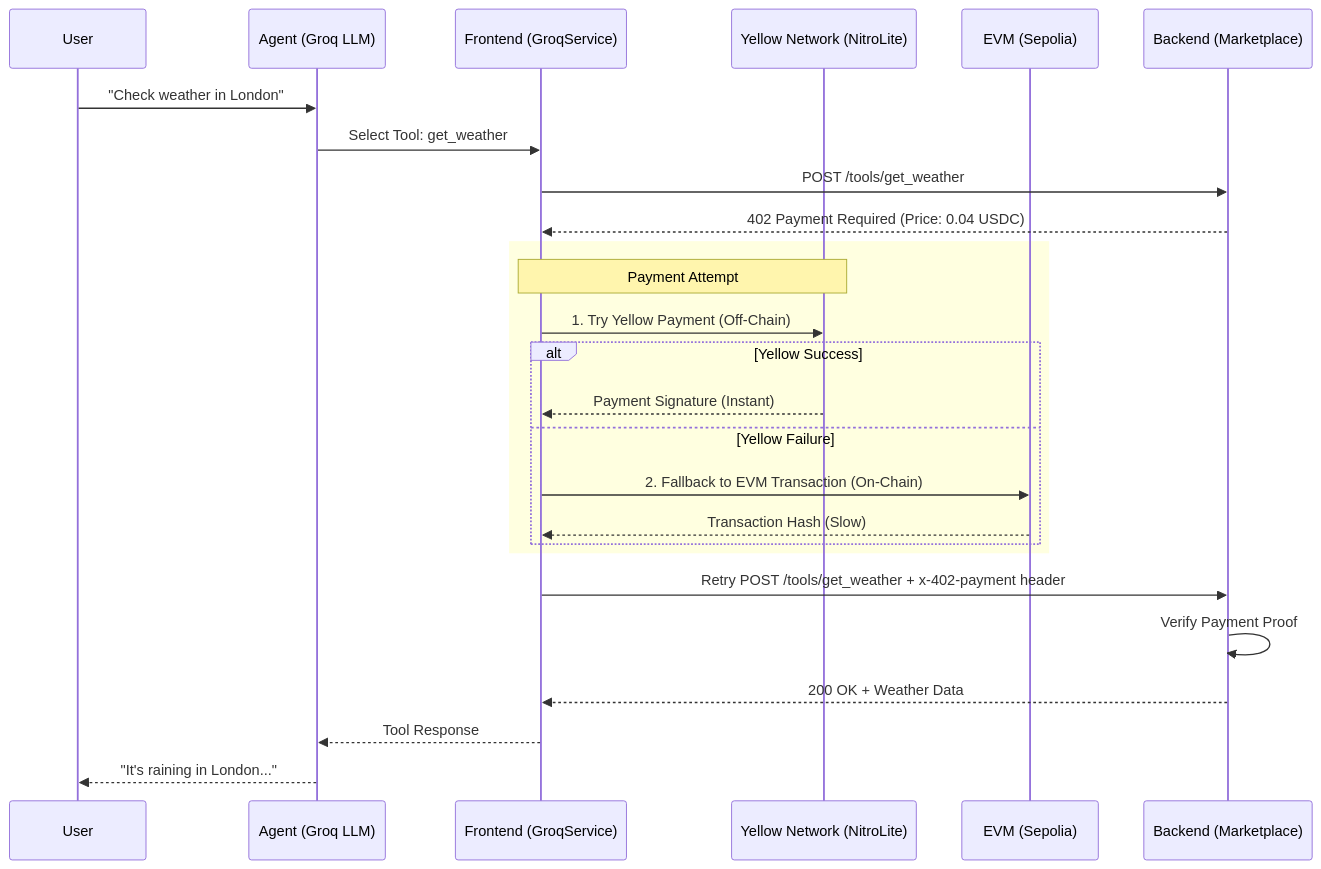
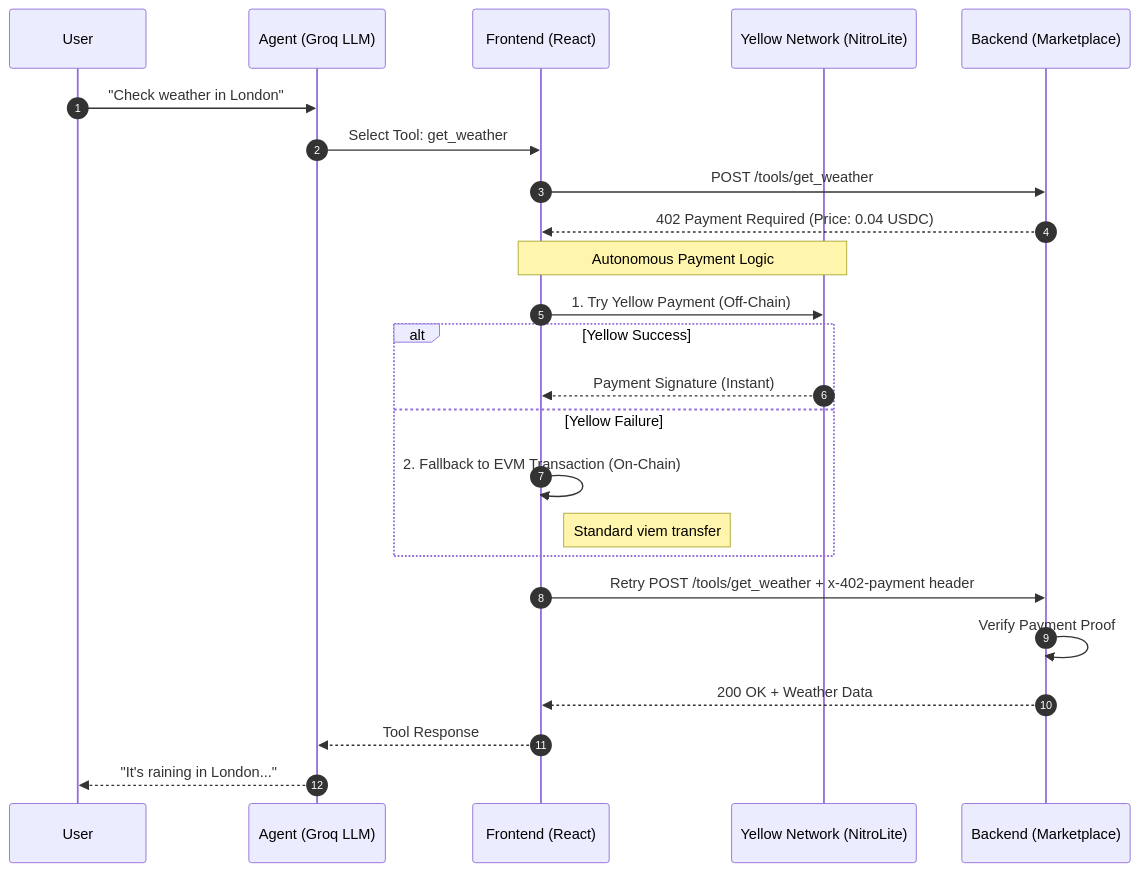
One commit to Ankitanand2411/Agent-x402 changed the diagram in README.md. Above: the diagram before and after it, drawn with Mermaid. The commit also changed other lines of this file, not shown here.

````diff
--- a/README.md
+++ b/README.md
@@ -105,31 +35,29 @@
 ```mermaid
 sequenceDiagram
+    autonumber
     participant User
     participant Agent as Agent (Groq LLM)
-    participant Service as Frontend (GroqService)
+    participant App as Frontend (React)
     participant Yellow as Yellow Network (NitroLite)
-    participant EVM as EVM (Sepolia)
     participant Market as Backend (Marketplace)
 
     User->>Agent: "Check weather in London"
-    Agent->>Service: Select Tool: get_weather
-    Service->>Market: POST /tools/get_weather
-    Market-->>Service: 402 Payment Required (Price: 0.04 USDC)
+    Agent->>App: Select Tool: get_weather
+    App->>Market: POST /tools/get_weather
+    Market-->>App: 402 Payment Required (Price: 0.04 USDC)
     
-    rect rgb(255, 255, 224)
-        note over Service, Yellow: Payment Attempt
-        Service->>Yellow: 1. Try Yellow Payment (Off-Chain)
-        alt Yellow Success
-            Yellow-->>Service: Payment Signature (Instant)
-        else Yellow Failure
-            Service->>EVM: 2. Fallback to EVM Transaction (On-Chain)
-            EVM-->>Service: Transaction Hash (Slow)
-        end
+    Note over App, Yellow: Autonomous Payment Logic
+    App->>Yellow: 1. Try Yellow Payment (Off-Chain)
+    alt Yellow Success
+        Yellow-->>App: Payment Signature (Instant)
+    else Yellow Failure
+        App->>App: 2. Fallback to EVM Transaction (On-Chain)
+        Note right of App: Standard viem transfer
     end
 
-    Service->>Market: Retry POST /tools/get_weather + x-402-payment header
+    App->>Market: Retry POST /tools/get_weather + x-402-payment header
     Market->>Market: Verify Payment Proof
-    Market-->>Service: 200 OK + Weather Data
-    Service-->>Agent: Tool Response
+    Market-->>App: 200 OK + Weather Data
+    App-->>Agent: Tool Response
     Agent-->>User: "It's raining in London..."
 ```
````
